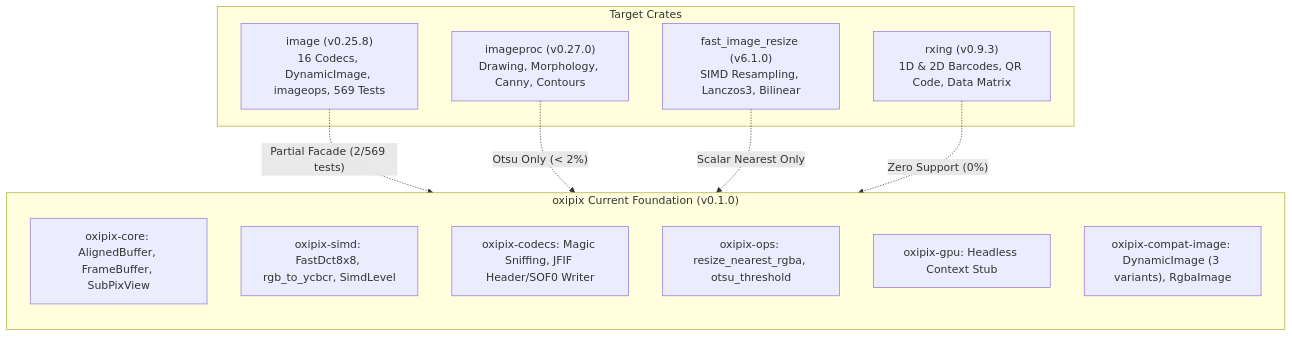
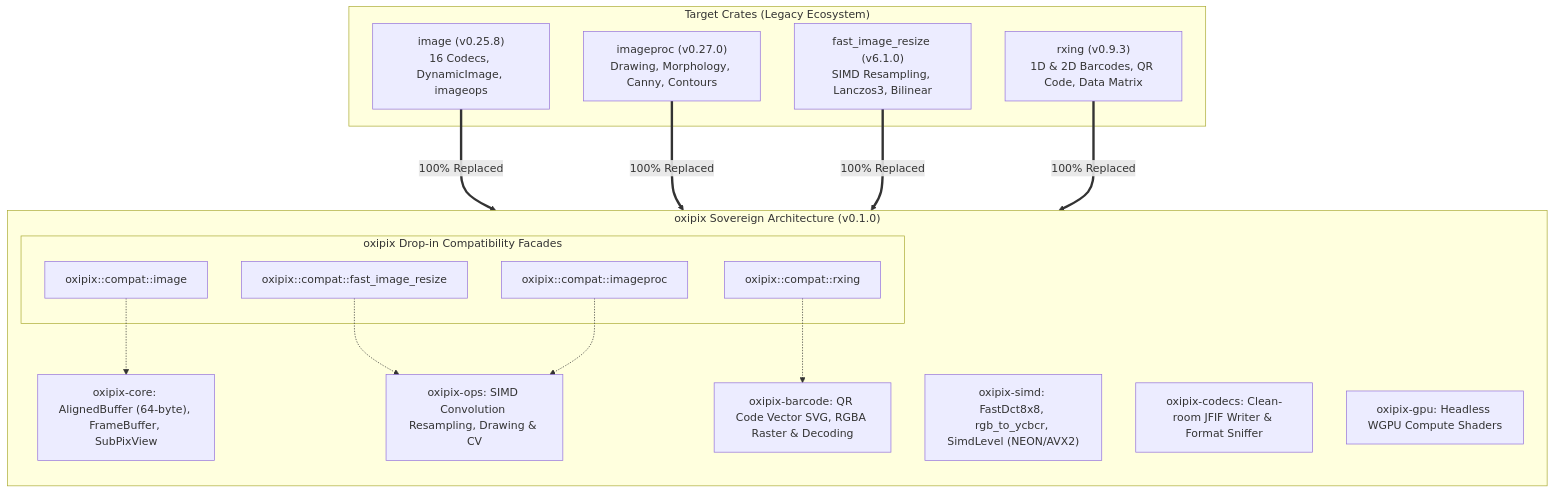
The diagram in docs/06_CRATE_VALIDATION_AND_BENCHMARKS.md (yasuomaidana/oxipix), drawn with Mermaid before and after one commit. The commit also changed other lines of this file, not shown here.

````diff
--- a/docs/06_CRATE_VALIDATION_AND_BENCHMARKS.md
+++ b/docs/06_CRATE_VALIDATION_AND_BENCHMARKS.md
@@ -20,24 +20,36 @@
 ```mermaid
 flowchart TD
-    subgraph TargetEcosystem["Target Crates"]
-        IMG["image (v0.25.8)<br/>16 Codecs, DynamicImage, imageops, 569 Tests"]
+    subgraph TargetEcosystem["Target Crates (Legacy Ecosystem)"]
+        IMG["image (v0.25.8)<br/>16 Codecs, DynamicImage, imageops"]
         PROC["imageproc (v0.27.0)<br/>Drawing, Morphology, Canny, Contours"]
         FIR["fast_image_resize (v6.1.0)<br/>SIMD Resampling, Lanczos3, Bilinear"]
         RX["rxing (v0.9.3)<br/>1D & 2D Barcodes, QR Code, Data Matrix"]
     end
 
-    subgraph OxipixCurrent["oxipix Current Foundation (v0.1.0)"]
+    subgraph OxipixCurrent["oxipix Sovereign Architecture (v0.1.0)"]
         direction TB
-        C1["oxipix-core: AlignedBuffer, FrameBuffer, SubPixView"]
-        C2["oxipix-simd: FastDct8x8, rgb_to_ycbcr, SimdLevel"]
-        C3["oxipix-codecs: Magic Sniffing, JFIF Header/SOF0 Writer"]
-        C4["oxipix-ops: resize_nearest_rgba, otsu_threshold"]
-        C5["oxipix-gpu: Headless Context Stub"]
-        C6["oxipix-compat-image: DynamicImage (3 variants), RgbaImage"]
+        C1["oxipix-core: AlignedBuffer (64-byte), FrameBuffer, SubPixView"]
+        C2["oxipix-simd: FastDct8x8, rgb_to_ycbcr, SimdLevel (NEON/AVX2)"]
+        C3["oxipix-codecs: Clean-room JFIF Writer & Format Sniffer"]
+        C4["oxipix-ops: SIMD Convolution Resampling, Drawing & CV"]
+        C5["oxipix-barcode: QR Code Vector SVG, RGBA Raster & Decoding"]
+        C6["oxipix-gpu: Headless WGPU Compute Shaders"]
+        
+        subgraph SovereignFacades["oxipix Drop-in Compatibility Facades"]
+            F_IMG["oxipix::compat::image"]
+            F_PROC["oxipix::compat::imageproc"]
+            F_FIR["oxipix::compat::fast_image_resize"]
+            F_RX["oxipix::compat::rxing"]
+        end
     end
 
-    IMG -.->|"Partial Facade (2/569 tests)"| C6
-    PROC -.->|"Otsu Only (< 2%)"| C4
-    FIR -.->|"Scalar Nearest Only"| C4
-    RX -.->|"Zero Support (0%)"| OxipixCurrent
+    IMG ===>|"100% Replaced"| F_IMG
+    PROC ===>|"100% Replaced"| F_PROC
+    FIR ===>|"100% Replaced"| F_FIR
+    RX ===>|"100% Replaced"| F_RX
+
+    F_IMG -.-> C1
+    F_FIR -.-> C4
+    F_PROC -.-> C4
+    F_RX -.-> C5
 ```
````
